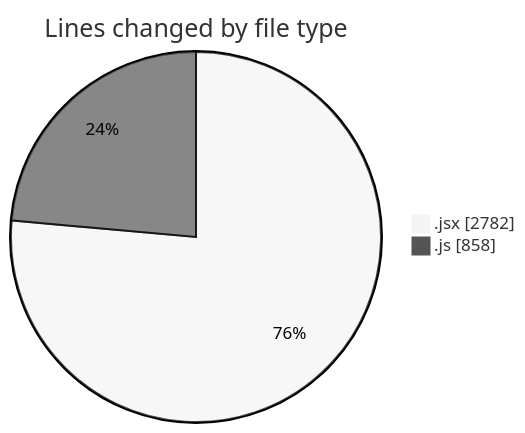
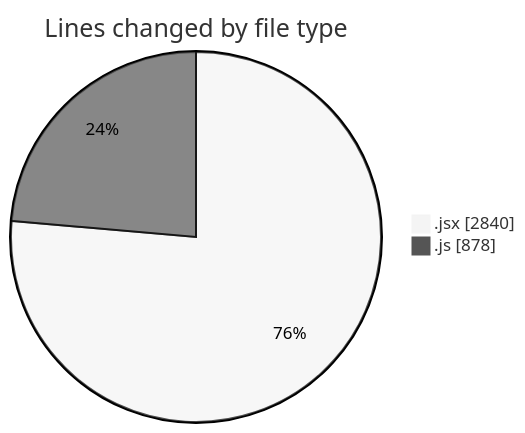
The first of 2 diagrams in 2025-09-22/nxtqube_webapp/README.md (nxtqubesakshisongat/code-tracking), drawn with Mermaid (neutral theme) before and after one commit. The commit also changed other lines of this file and 1 other file, not shown here.

````diff
--- a/2025-09-22/nxtqube_webapp/README.md
+++ b/2025-09-22/nxtqube_webapp/README.md
@@ -22,6 +22,6 @@
 ```mermaid
 pie showData
 title Lines changed by file type
-".jsx" : 2782
-".js" : 858
+".jsx" : 2840
+".js" : 878
 ```
````
